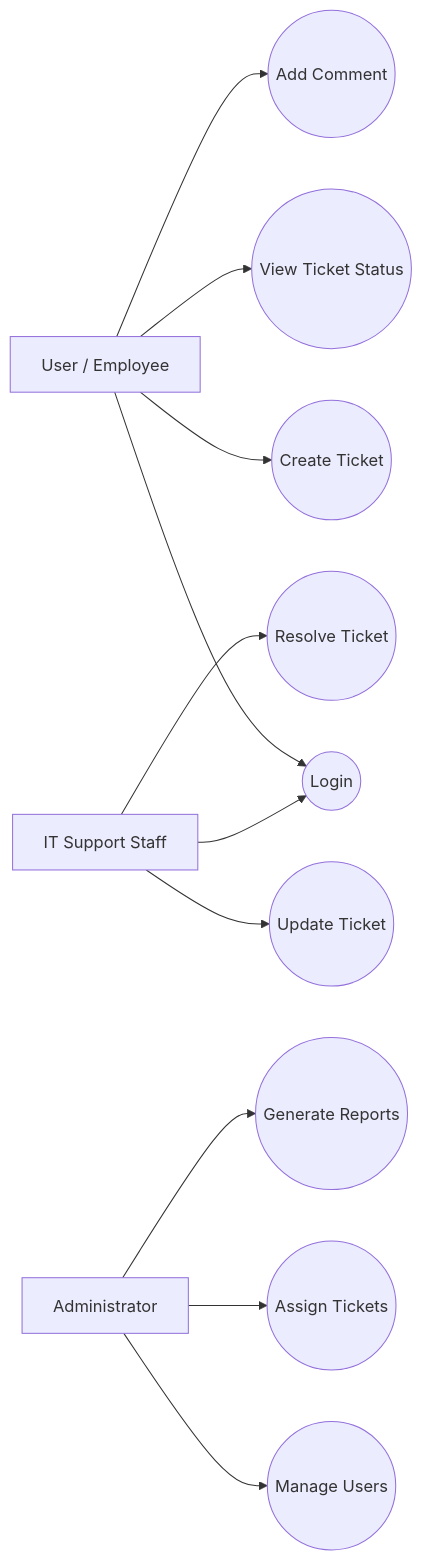
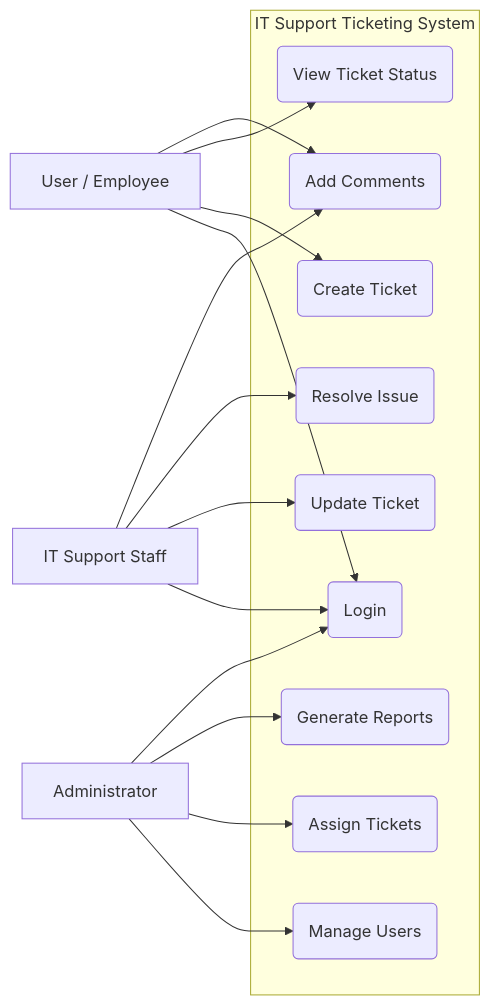
One commit to RITHIKASRI240/IT-support-ticketing-system changed the diagram in README.md. Above: the diagram before and after it, drawn with Mermaid.

Commit message:
Update mermaid diagram in README.md

````diff
--- a/README.md
+++ b/README.md
@@ -32,32 +32,34 @@
 ```mermaid
 graph LR
 
-U[User / Employee]
-S[IT Support Staff]
-A[Administrator]
+User[User / Employee]
+Staff[IT Support Staff]
+Admin[Administrator]
 
-UC1((Login))
-UC2((Create Ticket))
-UC3((View Ticket Status))
-UC4((Add Comment))
+subgraph "IT Support Ticketing System"
+    UC1(Login)
+    UC2(Create Ticket)
+    UC3(View Ticket Status)
+    UC4(Add Comments)
+    UC5(Update Ticket)
+    UC6(Resolve Issue)
+    UC7(Manage Users)
+    UC8(Assign Tickets)
+    UC9(Generate Reports)
+end
 
-UC5((Update Ticket))
-UC6((Resolve Ticket))
+User --> UC1
+User --> UC2
+User --> UC3
+User --> UC4
 
-UC7((Manage Users))
-UC8((Assign Tickets))
-UC9((Generate Reports))
+Staff --> UC1
+Staff --> UC5
+Staff --> UC6
+Staff --> UC4
 
-U --> UC1
-U --> UC2
-U --> UC3
-U --> UC4
-
-S --> UC1
-S --> UC5
-S --> UC6
-
-A --> UC7
-A --> UC8
-A --> UC9
+Admin --> UC7
+Admin --> UC8
+Admin --> UC9
+Admin --> UC1
 ```
````
